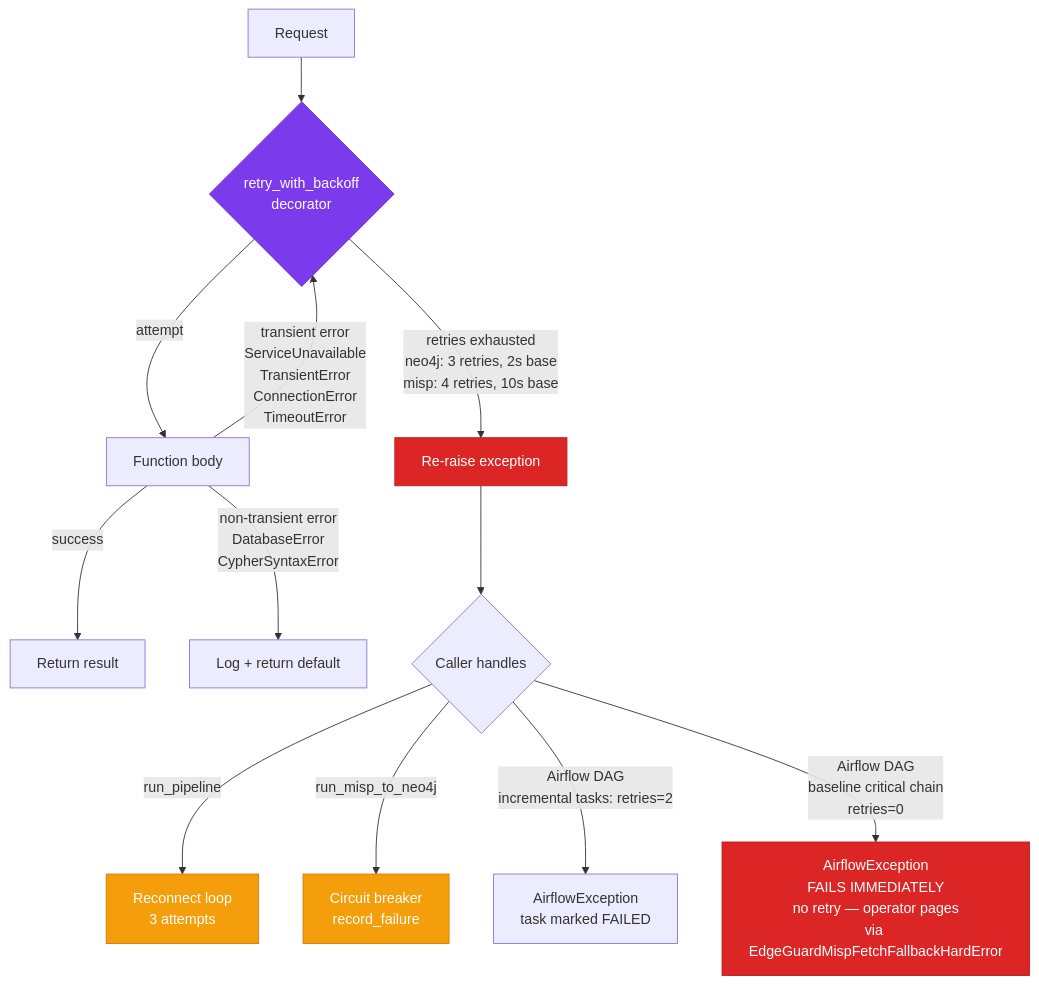
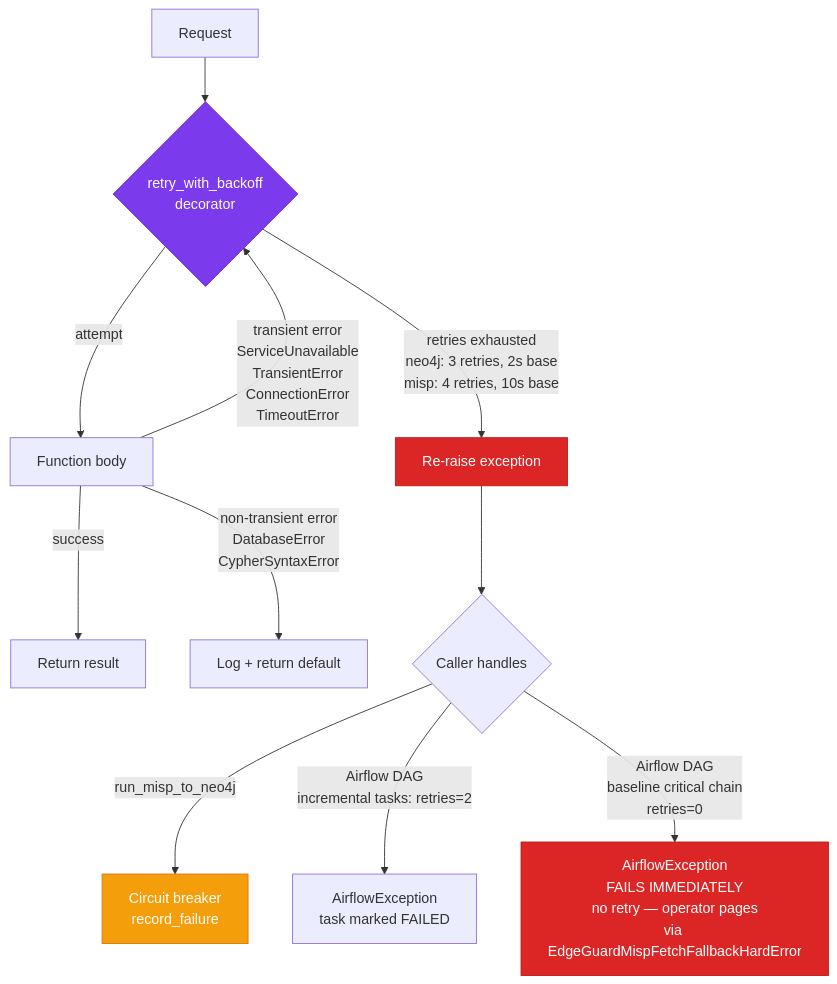
The sixth of 8 diagrams in docs/ARCHITECTURE_DIAGRAMS.md (Kopanov/EdgeGuard-Knowledge-Graph), drawn with Mermaid before and after one commit. The commit also changed other lines of this file and 106 other files, not shown here.

````diff
--- a/docs/ARCHITECTURE_DIAGRAMS.md
+++ b/docs/ARCHITECTURE_DIAGRAMS.md
@@ -241,21 +241,19 @@
 ```mermaid
 flowchart TD
     REQ[Request] --> DEC{retry_with_backoff<br/>decorator}
     DEC -->|attempt| FN[Function body]
     FN -->|success| RET[Return result]
     FN -->|transient error<br/>ServiceUnavailable<br/>TransientError<br/>ConnectionError<br/>TimeoutError| DEC
     FN -->|non-transient error<br/>DatabaseError<br/>CypherSyntaxError| ERR[Log + return default]
 
     DEC -->|retries exhausted<br/>neo4j: 3 retries, 2s base<br/>misp: 4 retries, 10s base| RAISE[Re-raise exception]
     RAISE --> CALLER{Caller handles}
-    CALLER -->|run_pipeline| RECONNECT[Reconnect loop<br/>3 attempts]
     CALLER -->|run_misp_to_neo4j| CIRCUIT[Circuit breaker<br/>record_failure]
     CALLER -->|Airflow DAG<br/>incremental tasks: retries=2| AIRFLOW[AirflowException<br/>task marked FAILED]
     CALLER -->|Airflow DAG<br/>baseline critical chain<br/>retries=0| BASELINE_FAIL[AirflowException<br/>FAILS IMMEDIATELY<br/>no retry — operator pages<br/>via EdgeGuardMispFetchFallbackHardError]
 
     style DEC fill:#7c3aed,stroke:#6d28d9,color:#fff
     style RAISE fill:#dc2626,stroke:#b91c1c,color:#fff
-    style RECONNECT fill:#f59e0b,stroke:#d97706,color:#fff
     style CIRCUIT fill:#f59e0b,stroke:#d97706,color:#fff
     style BASELINE_FAIL fill:#dc2626,stroke:#b91c1c,color:#fff
 ```
````
